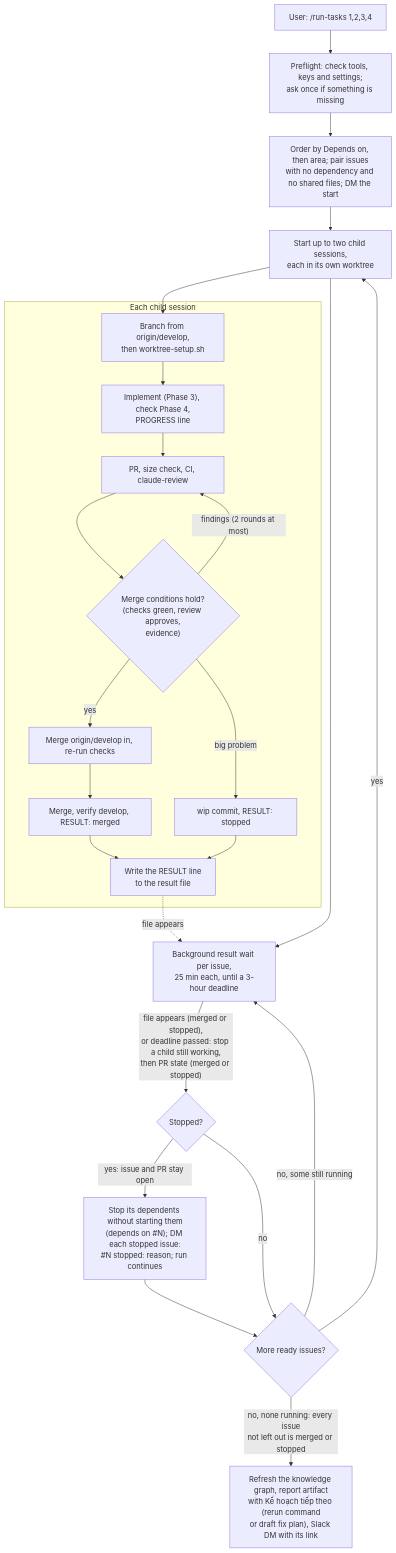
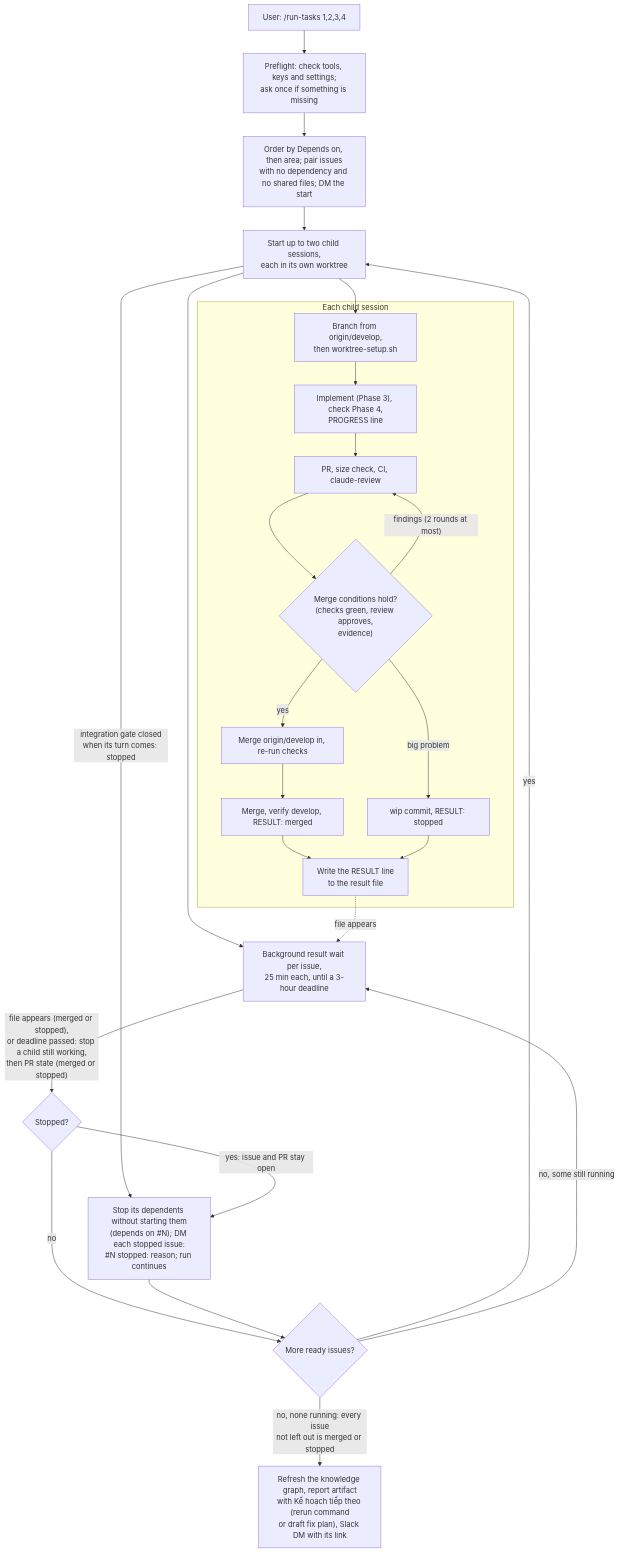
The fifth of 5 diagrams in docs/workflow.md (huynguyennang-agilityio/claude-code-training), drawn with Mermaid before and after one commit. The commit also changed other lines of this file and 1 other file, not shown here.

First line of the commit message:
chore(infra): count only real attempts when a rerun stops again

````diff
--- a/docs/workflow.md
+++ b/docs/workflow.md
@@ -121,27 +121,28 @@
 ```mermaid
 flowchart TD
     A["User: /run-tasks 1,2,3,4"] --> PF["Preflight: check tools, keys and settings;<br/>ask once if something is missing"]
     PF --> O["Order by Depends on, then area; pair issues<br/>with no dependency and no shared files; DM the start"]
     O --> C["Start up to two child sessions,<br/>each in its own worktree"]
     subgraph child ["Each child session"]
       W["Branch from origin/develop,<br/>then worktree-setup.sh"] --> I["Implement (Phase 3), check Phase 4,<br/>PROGRESS line"]
       I --> P["PR, size check, CI, claude-review"]
       P --> F{"Merge conditions hold?<br/>(checks green, review approves,<br/>evidence)"}
       F -- "findings (2 rounds at most)" --> P
       F -- yes --> D["Merge origin/develop in, re-run checks"]
       D --> M["Merge, verify develop, RESULT: merged"]
       F -- "big problem" --> S["wip commit, RESULT: stopped"]
       M --> RF["Write the RESULT line<br/>to the result file"]
       S --> RF
     end
     C --> W
+    C -- "integration gate closed<br/>when its turn comes: stopped" --> SD
     C --> RW["Background result wait per issue,<br/>25 min each, until a 3-hour deadline"]
     RF -. "file appears" .-> RW
     RW -- "file appears (merged or stopped),<br/>or deadline passed: stop a child still working,<br/>then PR state (merged or stopped)" --> ST{"Stopped?"}
     ST -- "yes: issue and PR stay open" --> SD["Stop its dependents without starting them<br/>(depends on #N); DM each stopped issue:<br/>#N stopped: reason; run continues"]
     ST -- no --> N{"More ready issues?"}
     SD --> N
     N -- yes --> C
     N -- "no, some still running" --> RW
     N -- "no, none running: every issue<br/>not left out is merged or stopped" --> E["Refresh the knowledge graph, report artifact<br/>with Kế hoạch tiếp theo (rerun command<br/>or draft fix plan), Slack DM with its link"]
 ```
````
